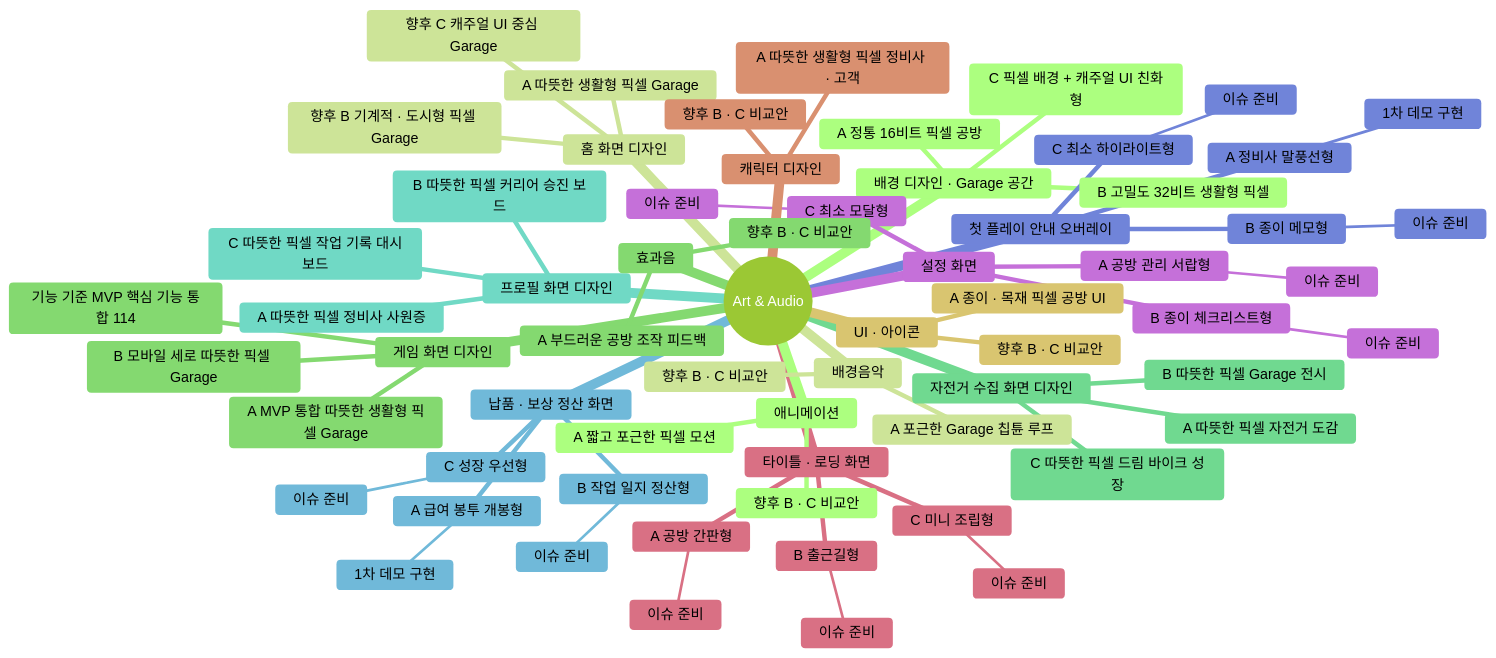
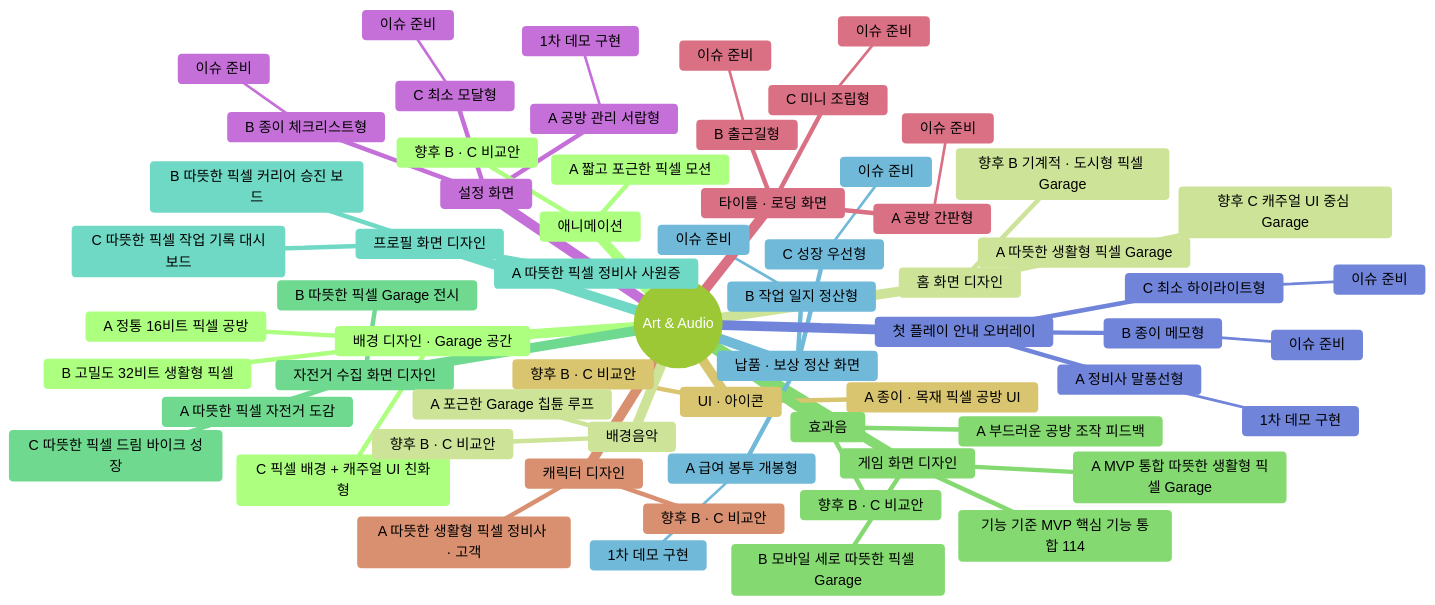
One commit to aigemro/dream-bike-garage-lab changed the third of 5 diagrams in docs/LAB_PROTOTYPE_MAP.md. Above: the diagram before and after it, drawn with Mermaid (forest theme). The commit also changed other lines of this file and 5 other files, not shown here.

````diff
--- a/docs/LAB_PROTOTYPE_MAP.md
+++ b/docs/LAB_PROTOTYPE_MAP.md
@@ -164,67 +164,67 @@
 ```mermaid
 mindmap
   root((Art & Audio))
     배경 디자인 · Garage 공간
       A 정통 16비트 픽셀 공방
       B 고밀도 32비트 생활형 픽셀
       C 픽셀 배경 + 캐주얼 UI 친화형
     홈 화면 디자인
       A 따뜻한 생활형 픽셀 Garage
       향후 B 기계적 · 도시형 픽셀 Garage
       향후 C 캐주얼 UI 중심 Garage
     게임 화면 디자인
       A MVP 통합 따뜻한 생활형 픽셀 Garage
       B 모바일 세로 따뜻한 픽셀 Garage
       기능 기준 MVP 핵심 기능 통합 114
     자전거 수집 화면 디자인
       A 따뜻한 픽셀 자전거 도감
       B 따뜻한 픽셀 Garage 전시
       C 따뜻한 픽셀 드림 바이크 성장
     프로필 화면 디자인
       A 따뜻한 픽셀 정비사 사원증
       B 따뜻한 픽셀 커리어 승진 보드
       C 따뜻한 픽셀 작업 기록 대시보드
     납품 · 보상 정산 화면
       A 급여 봉투 개봉형
         1차 데모 구현
       B 작업 일지 정산형
         이슈 준비
       C 성장 우선형
         이슈 준비
     첫 플레이 안내 오버레이
       A 정비사 말풍선형
         1차 데모 구현
       B 종이 메모형
         이슈 준비
       C 최소 하이라이트형
         이슈 준비
     설정 화면
       A 공방 관리 서랍형
-        이슈 준비
+        1차 데모 구현
       B 종이 체크리스트형
         이슈 준비
       C 최소 모달형
         이슈 준비
     타이틀 · 로딩 화면
       A 공방 간판형
         이슈 준비
       B 출근길형
         이슈 준비
       C 미니 조립형
         이슈 준비
     캐릭터 디자인
       A 따뜻한 생활형 픽셀 정비사 · 고객
       향후 B · C 비교안
     UI · 아이콘
       A 종이 · 목재 픽셀 공방 UI
       향후 B · C 비교안
     애니메이션
       A 짧고 포근한 픽셀 모션
       향후 B · C 비교안
     배경음악
       A 포근한 Garage 칩튠 루프
       향후 B · C 비교안
     효과음
       A 부드러운 공방 조작 피드백
       향후 B · C 비교안
 ```
````
